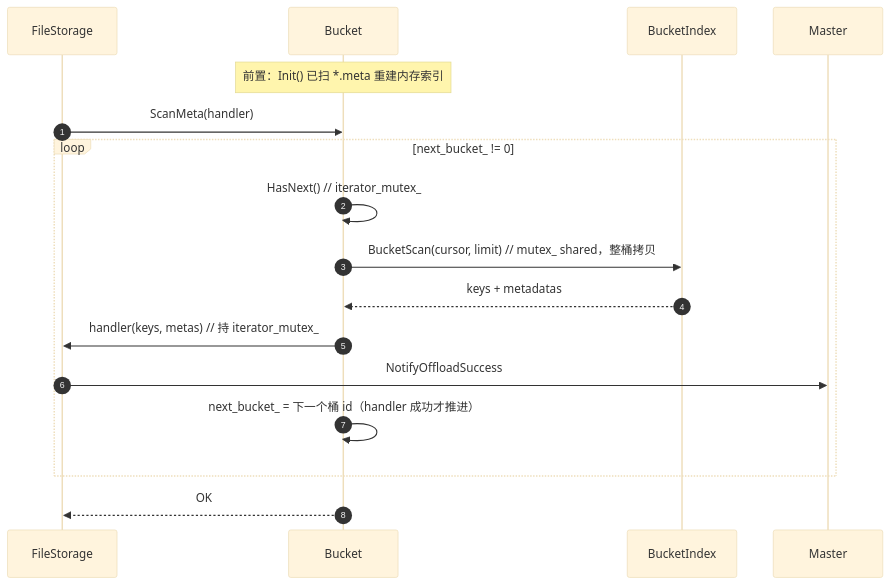
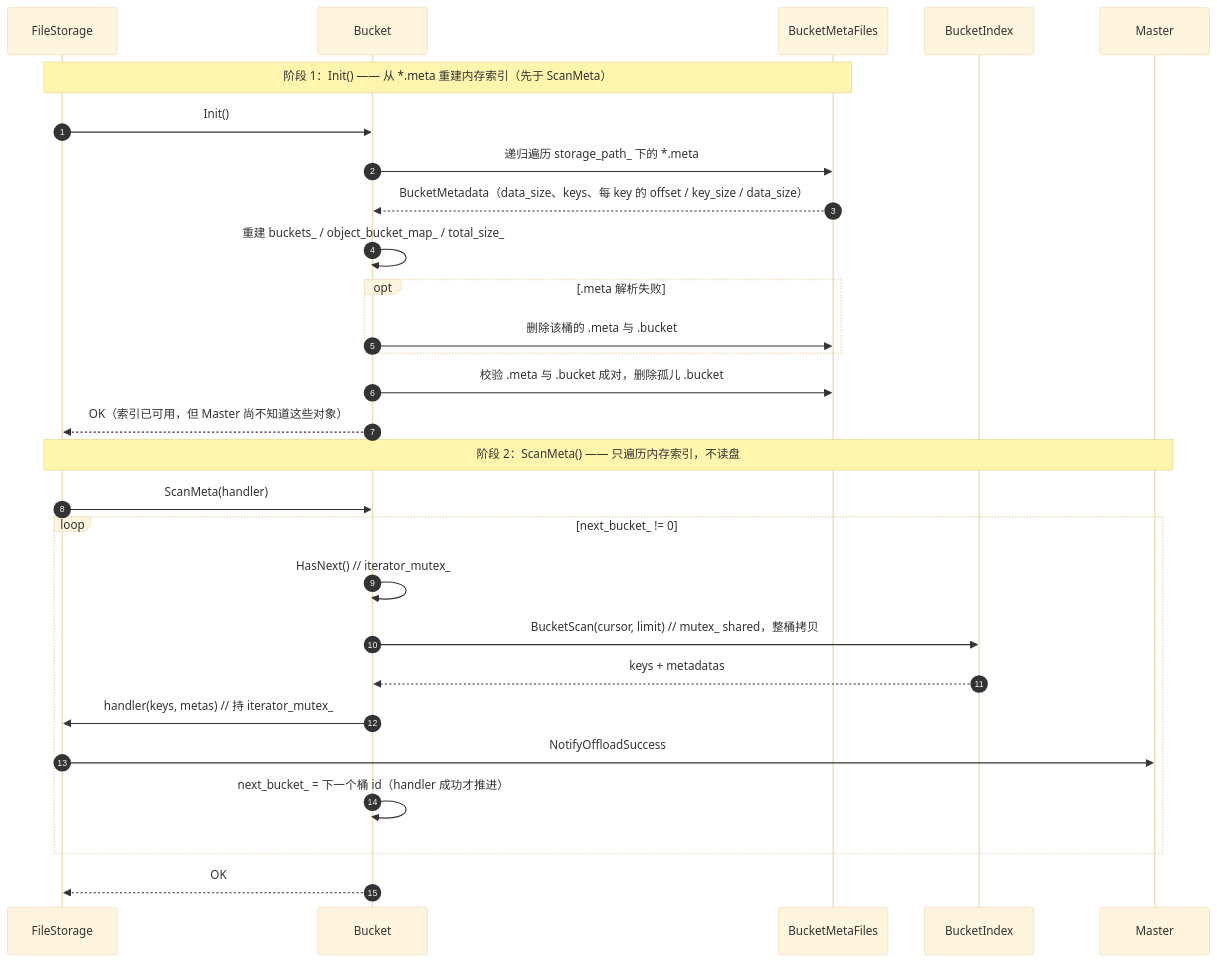
Before and after one commit to zwj20000328-dotcom/Mooncake-documents: diagram 12 of 15 in kv-client-storage-backend-review.md, drawn with Mermaid (base theme). The commit also changed other lines of this file and 1 other file, not shown here.

Commit message:
modified:   kv-client-storage-backend-review.md

````diff
--- a/kv-client-storage-backend-review.md
+++ b/kv-client-storage-backend-review.md
@@ -602,20 +608,32 @@
 ```mermaid
 sequenceDiagram
     autonumber
     participant FS as FileStorage
     participant BE as Bucket
+    participant META as BucketMetaFiles
     participant IDX as BucketIndex
     participant MS as Master
 
-    Note over BE: 前置：Init() 已扫 *.meta 重建内存索引
+    Note over FS,META: 阶段 1：Init() —— 从 *.meta 重建内存索引（先于 ScanMeta）
+    FS->>BE: Init()
+    BE->>META: 递归遍历 storage_path_ 下的 *.meta
+    META-->>BE: BucketMetadata（data_size、keys、每 key 的 offset / key_size / data_size）
+    BE->>BE: 重建 buckets_ / object_bucket_map_ / total_size_
+    opt .meta 解析失败
+        BE->>META: 删除该桶的 .meta 与 .bucket
+    end
+    BE->>META: 校验 .meta 与 .bucket 成对，删除孤儿 .bucket
+    BE-->>FS: OK（索引已可用，但 Master 尚不知道这些对象）
+
+    Note over FS,MS: 阶段 2：ScanMeta() —— 只遍历内存索引，不读盘
     FS->>BE: ScanMeta(handler)
     loop next_bucket_ != 0
         BE->>BE: HasNext()  // iterator_mutex_
         BE->>IDX: BucketScan(cursor, limit)  // mutex_ shared，整桶拷贝
         IDX-->>BE: keys + metadatas
         BE->>FS: handler(keys, metas)  // 持 iterator_mutex_
         FS->>MS: NotifyOffloadSuccess
         BE->>BE: next_bucket_ = 下一个桶 id（handler 成功才推进）
     end
     BE-->>FS: OK
 ```
````
